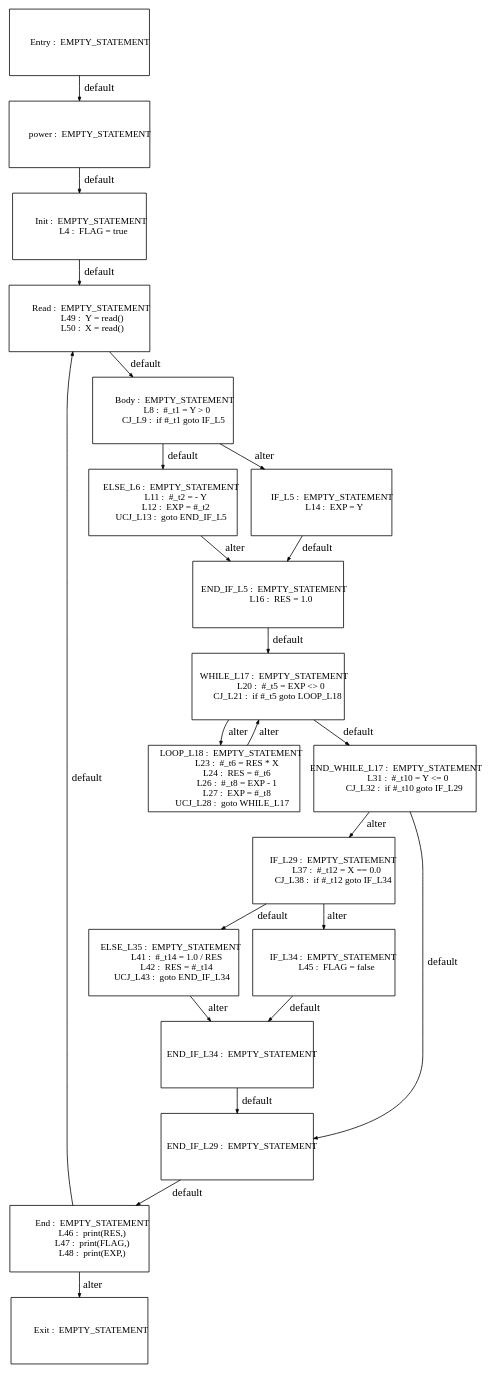
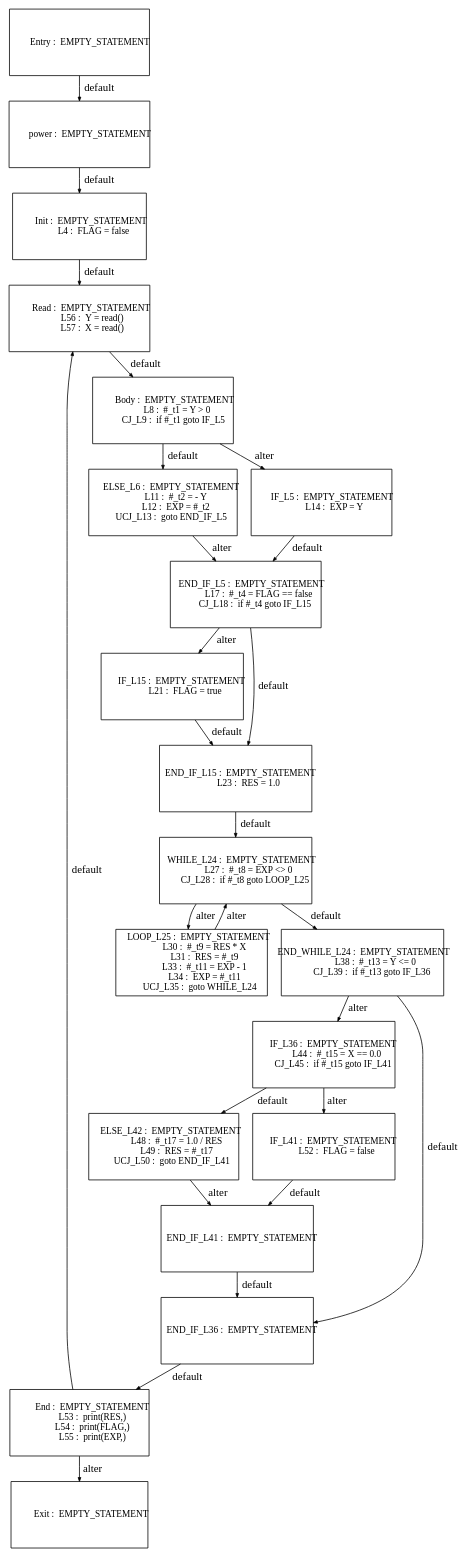
One commit to Geoffrey1014/ST_DSE changed the diagram in tests_programs/paper1_tests/power_output/Graph_DSE_0.dot. Above: the diagram before and after it, drawn with Graphviz. The commit also changed 26 other files, not shown here.

```diff
--- a/tests_programs/paper1_tests/power_output/Graph_DSE_0.dot
+++ b/tests_programs/paper1_tests/power_output/Graph_DSE_0.dot
@@ -5,7 +5,7 @@
         fontsize=12,  height=1.2];
   "          power :  EMPTY_STATEMENT
 "; "           Init :  EMPTY_STATEMENT
-             L4 :  FLAG = true
+             L4 :  FLAG = false
 "; "           Body :  EMPTY_STATEMENT
              L8 :  #_t1 = Y > 0
           CJ_L9 :  if #_t1 goto IF_L5
@@ -16,49 +16,54 @@
 "; "          IF_L5 :  EMPTY_STATEMENT
             L14 :  EXP = Y
 "; "      END_IF_L5 :  EMPTY_STATEMENT
-            L16 :  RES = 1.0
-"; "      WHILE_L17 :  EMPTY_STATEMENT
-            L20 :  #_t5 = EXP <> 0
-         CJ_L21 :  if #_t5 goto LOOP_L18
-"; "       LOOP_L18 :  EMPTY_STATEMENT
-            L23 :  #_t6 = RES * X
-            L24 :  RES = #_t6
-            L26 :  #_t8 = EXP - 1
-            L27 :  EXP = #_t8
-        UCJ_L28 :  goto WHILE_L17
-"; "  END_WHILE_L17 :  EMPTY_STATEMENT
-            L31 :  #_t10 = Y <= 0
-         CJ_L32 :  if #_t10 goto IF_L29
-"; "         IF_L29 :  EMPTY_STATEMENT
-            L37 :  #_t12 = X == 0.0
-         CJ_L38 :  if #_t12 goto IF_L34
-"; "       ELSE_L35 :  EMPTY_STATEMENT
-            L41 :  #_t14 = 1.0 / RES
-            L42 :  RES = #_t14
-        UCJ_L43 :  goto END_IF_L34
-"; "         IF_L34 :  EMPTY_STATEMENT
-            L45 :  FLAG = false
-"; "     END_IF_L34 :  EMPTY_STATEMENT
-"; "     END_IF_L29 :  EMPTY_STATEMENT
+            L17 :  #_t4 = FLAG == false
+         CJ_L18 :  if #_t4 goto IF_L15
+"; "         IF_L15 :  EMPTY_STATEMENT
+            L21 :  FLAG = true
+"; "     END_IF_L15 :  EMPTY_STATEMENT
+            L23 :  RES = 1.0
+"; "      WHILE_L24 :  EMPTY_STATEMENT
+            L27 :  #_t8 = EXP <> 0
+         CJ_L28 :  if #_t8 goto LOOP_L25
+"; "       LOOP_L25 :  EMPTY_STATEMENT
+            L30 :  #_t9 = RES * X
+            L31 :  RES = #_t9
+            L33 :  #_t11 = EXP - 1
+            L34 :  EXP = #_t11
+        UCJ_L35 :  goto WHILE_L24
+"; "  END_WHILE_L24 :  EMPTY_STATEMENT
+            L38 :  #_t13 = Y <= 0
+         CJ_L39 :  if #_t13 goto IF_L36
+"; "         IF_L36 :  EMPTY_STATEMENT
+            L44 :  #_t15 = X == 0.0
+         CJ_L45 :  if #_t15 goto IF_L41
+"; "       ELSE_L42 :  EMPTY_STATEMENT
+            L48 :  #_t17 = 1.0 / RES
+            L49 :  RES = #_t17
+        UCJ_L50 :  goto END_IF_L41
+"; "         IF_L41 :  EMPTY_STATEMENT
+            L52 :  FLAG = false
+"; "     END_IF_L41 :  EMPTY_STATEMENT
+"; "     END_IF_L36 :  EMPTY_STATEMENT
 "; "          Entry :  EMPTY_STATEMENT
 "; "            End :  EMPTY_STATEMENT
-            L46 :  print(RES,)
-            L47 :  print(FLAG,)
-            L48 :  print(EXP,)
+            L53 :  print(RES,)
+            L54 :  print(FLAG,)
+            L55 :  print(EXP,)
+"; "           Read :  EMPTY_STATEMENT
+            L56 :  Y = read()
+            L57 :  X = read()
 "; "           Exit :  EMPTY_STATEMENT
-"; "           Read :  EMPTY_STATEMENT
-            L49 :  Y = read()
-            L50 :  X = read()
 "; 
   "          power :  EMPTY_STATEMENT
 " -> "           Init :  EMPTY_STATEMENT
-             L4 :  FLAG = true
+             L4 :  FLAG = false
 "  [label="default"];
   "           Init :  EMPTY_STATEMENT
-             L4 :  FLAG = true
+             L4 :  FLAG = false
 " -> "           Read :  EMPTY_STATEMENT
-            L49 :  Y = read()
-            L50 :  X = read()
+            L56 :  Y = read()
+            L57 :  X = read()
 "  [label="default"];
   "           Body :  EMPTY_STATEMENT
              L8 :  #_t1 = Y > 0
@@ -79,111 +84,130 @@
             L12 :  EXP = #_t2
         UCJ_L13 :  goto END_IF_L5
 " -> "      END_IF_L5 :  EMPTY_STATEMENT
-            L16 :  RES = 1.0
+            L17 :  #_t4 = FLAG == false
+         CJ_L18 :  if #_t4 goto IF_L15
 "  [label="alter"];
   "          IF_L5 :  EMPTY_STATEMENT
             L14 :  EXP = Y
 " -> "      END_IF_L5 :  EMPTY_STATEMENT
-            L16 :  RES = 1.0
+            L17 :  #_t4 = FLAG == false
+         CJ_L18 :  if #_t4 goto IF_L15
 "  [label="default"];
   "      END_IF_L5 :  EMPTY_STATEMENT
-            L16 :  RES = 1.0
-" -> "      WHILE_L17 :  EMPTY_STATEMENT
-            L20 :  #_t5 = EXP <> 0
-         CJ_L21 :  if #_t5 goto LOOP_L18
+            L17 :  #_t4 = FLAG == false
+         CJ_L18 :  if #_t4 goto IF_L15
+" -> "     END_IF_L15 :  EMPTY_STATEMENT
+            L23 :  RES = 1.0
 "  [label="default"];
-  "      WHILE_L17 :  EMPTY_STATEMENT
-            L20 :  #_t5 = EXP <> 0
-         CJ_L21 :  if #_t5 goto LOOP_L18
-" -> "  END_WHILE_L17 :  EMPTY_STATEMENT
-            L31 :  #_t10 = Y <= 0
-         CJ_L32 :  if #_t10 goto IF_L29
+  "      END_IF_L5 :  EMPTY_STATEMENT
+            L17 :  #_t4 = FLAG == false
+         CJ_L18 :  if #_t4 goto IF_L15
+" -> "         IF_L15 :  EMPTY_STATEMENT
+            L21 :  FLAG = true
+"  [label="alter"];
+  "         IF_L15 :  EMPTY_STATEMENT
+            L21 :  FLAG = true
+" -> "     END_IF_L15 :  EMPTY_STATEMENT
+            L23 :  RES = 1.0
 "  [label="default"];
-  "      WHILE_L17 :  EMPTY_STATEMENT
-            L20 :  #_t5 = EXP <> 0
-         CJ_L21 :  if #_t5 goto LOOP_L18
-" -> "       LOOP_L18 :  EMPTY_STATEMENT
-            L23 :  #_t6 = RES * X
-            L24 :  RES = #_t6
-            L26 :  #_t8 = EXP - 1
-            L27 :  EXP = #_t8
-        UCJ_L28 :  goto WHILE_L17
+  "     END_IF_L15 :  EMPTY_STATEMENT
+            L23 :  RES = 1.0
+" -> "      WHILE_L24 :  EMPTY_STATEMENT
+            L27 :  #_t8 = EXP <> 0
+         CJ_L28 :  if #_t8 goto LOOP_L25
+"  [label="default"];
+  "      WHILE_L24 :  EMPTY_STATEMENT
+            L27 :  #_t8 = EXP <> 0
+         CJ_L28 :  if #_t8 goto LOOP_L25
+" -> "  END_WHILE_L24 :  EMPTY_STATEMENT
+            L38 :  #_t13 = Y <= 0
+         CJ_L39 :  if #_t13 goto IF_L36
+"  [label="default"];
+  "      WHILE_L24 :  EMPTY_STATEMENT
+            L27 :  #_t8 = EXP <> 0
+         CJ_L28 :  if #_t8 goto LOOP_L25
+" -> "       LOOP_L25 :  EMPTY_STATEMENT
+            L30 :  #_t9 = RES * X
+            L31 :  RES = #_t9
+            L33 :  #_t11 = EXP - 1
+            L34 :  EXP = #_t11
+        UCJ_L35 :  goto WHILE_L24
 "  [label="alter"];
-  "       LOOP_L18 :  EMPTY_STATEMENT
-            L23 :  #_t6 = RES * X
-            L24 :  RES = #_t6
-            L26 :  #_t8 = EXP - 1
-            L27 :  EXP = #_t8
-        UCJ_L28 :  goto WHILE_L17
-" -> "      WHILE_L17 :  EMPTY_STATEMENT
-            L20 :  #_t5 = EXP <> 0
-         CJ_L21 :  if #_t5 goto LOOP_L18
+  "       LOOP_L25 :  EMPTY_STATEMENT
+            L30 :  #_t9 = RES * X
+            L31 :  RES = #_t9
+            L33 :  #_t11 = EXP - 1
+            L34 :  EXP = #_t11
+        UCJ_L35 :  goto WHILE_L24
+" -> "      WHILE_L24 :  EMPTY_STATEMENT
+            L27 :  #_t8 = EXP <> 0
+         CJ_L28 :  if #_t8 goto LOOP_L25
 "  [label="alter"];
-  "  END_WHILE_L17 :  EMPTY_STATEMENT
-            L31 :  #_t10 = Y <= 0
-         CJ_L32 :  if #_t10 goto IF_L29
-" -> "     END_IF_L29 :  EMPTY_STATEMENT
+  "  END_WHILE_L24 :  EMPTY_STATEMENT
+            L38 :  #_t13 = Y <= 0
+         CJ_L39 :  if #_t13 goto IF_L36
+" -> "     END_IF_L36 :  EMPTY_STATEMENT
 "  [label="default"];
-  "  END_WHILE_L17 :  EMPTY_STATEMENT
-            L31 :  #_t10 = Y <= 0
-         CJ_L32 :  if #_t10 goto IF_L29
-" -> "         IF_L29 :  EMPTY_STATEMENT
-            L37 :  #_t12 = X == 0.0
-         CJ_L38 :  if #_t12 goto IF_L34
+  "  END_WHILE_L24 :  EMPTY_STATEMENT
+            L38 :  #_t13 = Y <= 0
+         CJ_L39 :  if #_t13 goto IF_L36
+" -> "         IF_L36 :  EMPTY_STATEMENT
+            L44 :  #_t15 = X == 0.0
+         CJ_L45 :  if #_t15 goto IF_L41
 "  [label="alter"];
-  "         IF_L29 :  EMPTY_STATEMENT
-            L37 :  #_t12 = X == 0.0
-         CJ_L38 :  if #_t12 goto IF_L34
-" -> "       ELSE_L35 :  EMPTY_STATEMENT
-            L41 :  #_t14 = 1.0 / RES
-            L42 :  RES = #_t14
-        UCJ_L43 :  goto END_IF_L34
+  "         IF_L36 :  EMPTY_STATEMENT
+            L44 :  #_t15 = X == 0.0
+         CJ_L45 :  if #_t15 goto IF_L41
+" -> "       ELSE_L42 :  EMPTY_STATEMENT
+            L48 :  #_t17 = 1.0 / RES
+            L49 :  RES = #_t17
+        UCJ_L50 :  goto END_IF_L41
 "  [label="default"];
-  "         IF_L29 :  EMPTY_STATEMENT
-            L37 :  #_t12 = X == 0.0
-         CJ_L38 :  if #_t12 goto IF_L34
-" -> "         IF_L34 :  EMPTY_STATEMENT
-            L45 :  FLAG = false
+  "         IF_L36 :  EMPTY_STATEMENT
+            L44 :  #_t15 = X == 0.0
+         CJ_L45 :  if #_t15 goto IF_L41
+" -> "         IF_L41 :  EMPTY_STATEMENT
+            L52 :  FLAG = false
 "  [label="alter"];
-  "       ELSE_L35 :  EMPTY_STATEMENT
-            L41 :  #_t14 = 1.0 / RES
-            L42 :  RES = #_t14
-        UCJ_L43 :  goto END_IF_L34
-" -> "     END_IF_L34 :  EMPTY_STATEMENT
+  "       ELSE_L42 :  EMPTY_STATEMENT
+            L48 :  #_t17 = 1.0 / RES
+            L49 :  RES = #_t17
+        UCJ_L50 :  goto END_IF_L41
+" -> "     END_IF_L41 :  EMPTY_STATEMENT
 "  [label="alter"];
-  "         IF_L34 :  EMPTY_STATEMENT
-            L45 :  FLAG = false
-" -> "     END_IF_L34 :  EMPTY_STATEMENT
+  "         IF_L41 :  EMPTY_STATEMENT
+            L52 :  FLAG = false
+" -> "     END_IF_L41 :  EMPTY_STATEMENT
 "  [label="default"];
-  "     END_IF_L34 :  EMPTY_STATEMENT
-" -> "     END_IF_L29 :  EMPTY_STATEMENT
+  "     END_IF_L41 :  EMPTY_STATEMENT
+" -> "     END_IF_L36 :  EMPTY_STATEMENT
 "  [label="default"];
-  "     END_IF_L29 :  EMPTY_STATEMENT
+  "     END_IF_L36 :  EMPTY_STATEMENT
 " -> "            End :  EMPTY_STATEMENT
-            L46 :  print(RES,)
-            L47 :  print(FLAG,)
-            L48 :  print(EXP,)
+            L53 :  print(RES,)
+            L54 :  print(FLAG,)
+            L55 :  print(EXP,)
 "  [label="default"];
   "          Entry :  EMPTY_STATEMENT
 " -> "          power :  EMPTY_STATEMENT
 "  [label="default"];
   "            End :  EMPTY_STATEMENT
-            L46 :  print(RES,)
-            L47 :  print(FLAG,)
-            L48 :  print(EXP,)
+            L53 :  print(RES,)
+            L54 :  print(FLAG,)
+            L55 :  print(EXP,)
 " -> "           Read :  EMPTY_STATEMENT
-            L49 :  Y = read()
-            L50 :  X = read()
+            L56 :  Y = read()
+            L57 :  X = read()
 "  [label="default"];
   "            End :  EMPTY_STATEMENT
-            L46 :  print(RES,)
-            L47 :  print(FLAG,)
-            L48 :  print(EXP,)
+            L53 :  print(RES,)
+            L54 :  print(FLAG,)
+            L55 :  print(EXP,)
 " -> "           Exit :  EMPTY_STATEMENT
 "  [label="alter"];
   "           Read :  EMPTY_STATEMENT
-            L49 :  Y = read()
-            L50 :  X = read()
+            L56 :  Y = read()
+            L57 :  X = read()
 " -> "           Body :  EMPTY_STATEMENT
              L8 :  #_t1 = Y > 0
           CJ_L9 :  if #_t1 goto IF_L5
```
